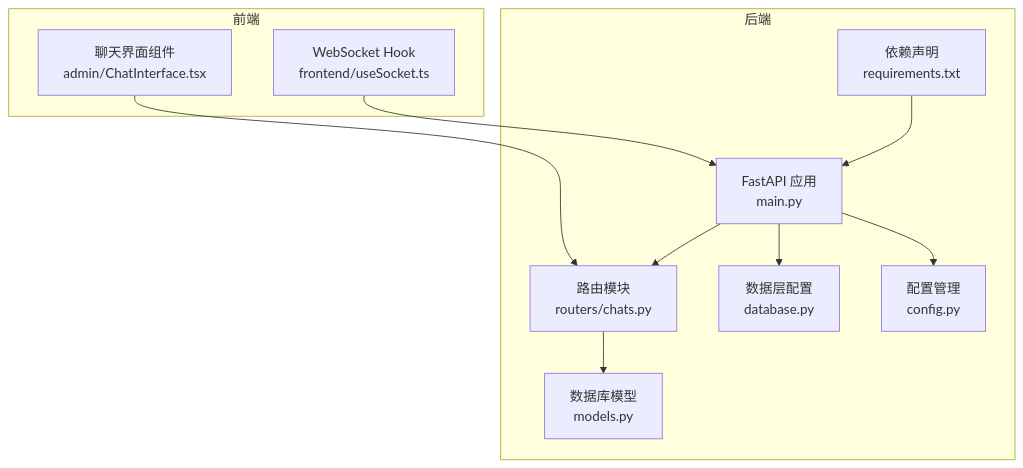
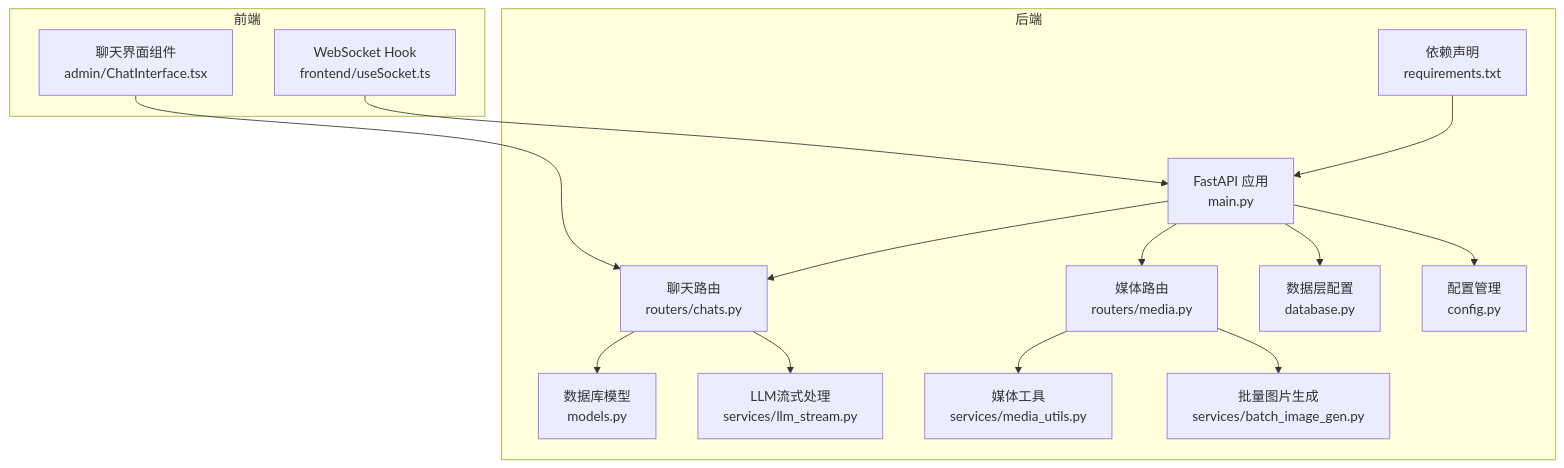
Before and after one commit to KunLabAI/KunFlix: the first of 8 diagrams in .qoder/repowiki/zh/content/后端开发指南/API路由系统/聊天交互API.md, drawn with Mermaid. The commit also changed other lines of this file and 25 other files, not shown here.

````diff
--- a/.qoder/repowiki/zh/content/后端开发指南/API路由系统/聊天交互API.md
+++ b/.qoder/repowiki/zh/content/后端开发指南/API路由系统/聊天交互API.md
@@ -41,22 +53,30 @@
 ```mermaid
 graph TB
 subgraph "后端"
 A["FastAPI 应用<br/>main.py"]
-B["路由模块<br/>routers/chats.py"]
-C["数据库模型<br/>models.py"]
-D["数据层配置<br/>database.py"]
-E["配置管理<br/>config.py"]
-F["依赖声明<br/>requirements.txt"]
+B["聊天路由<br/>routers/chats.py"]
+C["媒体路由<br/>routers/media.py"]
+D["数据库模型<br/>models.py"]
+E["数据层配置<br/>database.py"]
+F["配置管理<br/>config.py"]
+G["媒体工具<br/>services/media_utils.py"]
+H["LLM流式处理<br/>services/llm_stream.py"]
+I["批量图片生成<br/>services/batch_image_gen.py"]
+J["依赖声明<br/>requirements.txt"]
 end
 subgraph "前端"
-G["聊天界面组件<br/>admin/ChatInterface.tsx"]
-H["WebSocket Hook<br/>frontend/useSocket.ts"]
+K["聊天界面组件<br/>admin/ChatInterface.tsx"]
+L["WebSocket Hook<br/>frontend/useSocket.ts"]
 end
 A --> B
-B --> C
-A --> D
+A --> C
+B --> D
+B --> H
+C --> G
+C --> I
 A --> E
-G --> B
-H --> A
-F --> A
+A --> F
+K --> B
+L --> A
+J --> A
 ```
````
